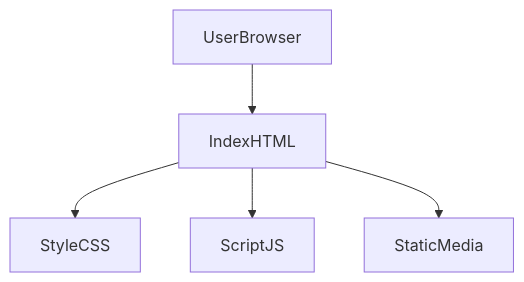
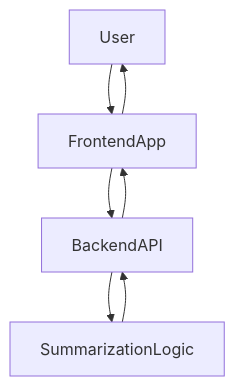
Before and after one commit to test-company-prowiz/Note-Summerizer: the diagram in docs/REPOSITORY_OVERVIEW.md, drawn with Mermaid. The commit also changed other lines of this file and 2 other files, not shown here.

````diff
--- a/docs/REPOSITORY_OVERVIEW.md
+++ b/docs/REPOSITORY_OVERVIEW.md
@@ -42,7 +54,9 @@
 ```mermaid
 graph TD
-UserBrowser[UserBrowser] --> IndexHTML[IndexHTML]
-IndexHTML --> StyleCSS[StyleCSS]
-IndexHTML --> ScriptJS[ScriptJS]
-IndexHTML --> StaticMedia[StaticMedia]
+A[User] --> B[FrontendApp]
+B --> C[BackendAPI]
+C --> D[SummarizationLogic]
+D --> C
+C --> B
+B --> A
 ```
````
